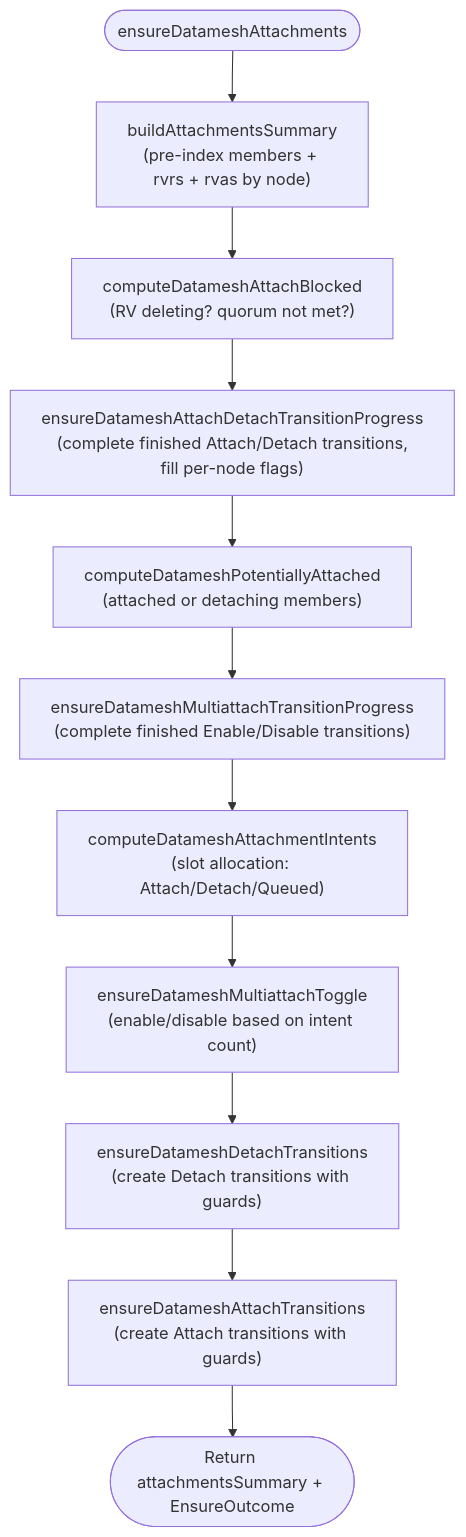
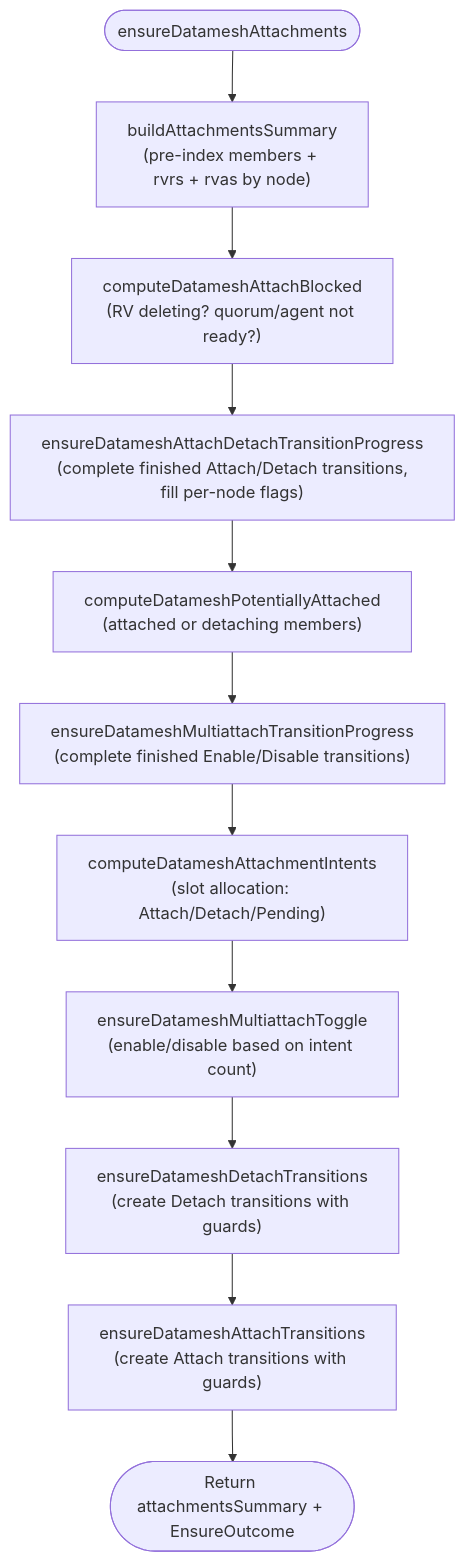
Diagram 11 of 13 in images/controller/internal/controllers/rv_controller/README.md (deckhouse/sds-replicated-volume), drawn with Mermaid before and after one commit. The commit also changed other lines of this file and 14 other files, not shown here.

````diff
--- a/images/controller/internal/controllers/rv_controller/README.md
+++ b/images/controller/internal/controllers/rv_controller/README.md
@@ -809,13 +900,13 @@
 ```mermaid
 flowchart TD
     Start([ensureDatameshAttachments]) --> Build["buildAttachmentsSummary<br/>(pre-index members + rvrs + rvas by node)"]
-    Build --> AttachBlocked["computeDatameshAttachBlocked<br/>(RV deleting? quorum not met?)"]
+    Build --> AttachBlocked["computeDatameshAttachBlocked<br/>(RV deleting? quorum/agent not ready?)"]
     AttachBlocked --> TransProgress["ensureDatameshAttachDetachTransitionProgress<br/>(complete finished Attach/Detach transitions,<br/>fill per-node flags)"]
     TransProgress --> PotentiallyAttached["computeDatameshPotentiallyAttached<br/>(attached or detaching members)"]
     PotentiallyAttached --> MultiProgress["ensureDatameshMultiattachTransitionProgress<br/>(complete finished Enable/Disable transitions)"]
-    MultiProgress --> Intents["computeDatameshAttachmentIntents<br/>(slot allocation: Attach/Detach/Queued)"]
+    MultiProgress --> Intents["computeDatameshAttachmentIntents<br/>(slot allocation: Attach/Detach/Pending)"]
     Intents --> MultiToggle["ensureDatameshMultiattachToggle<br/>(enable/disable based on intent count)"]
     MultiToggle --> Detach["ensureDatameshDetachTransitions<br/>(create Detach transitions with guards)"]
     Detach --> Attach["ensureDatameshAttachTransitions<br/>(create Attach transitions with guards)"]
     Attach --> End(["Return attachmentsSummary + EnsureOutcome"])
 ```
````
